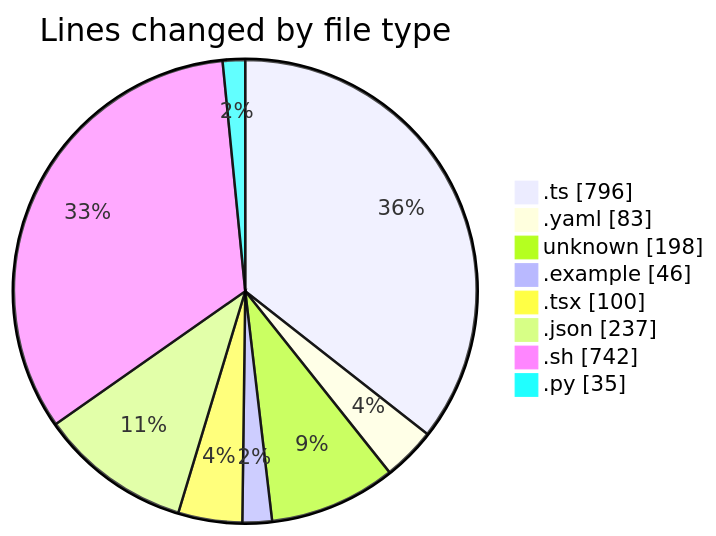
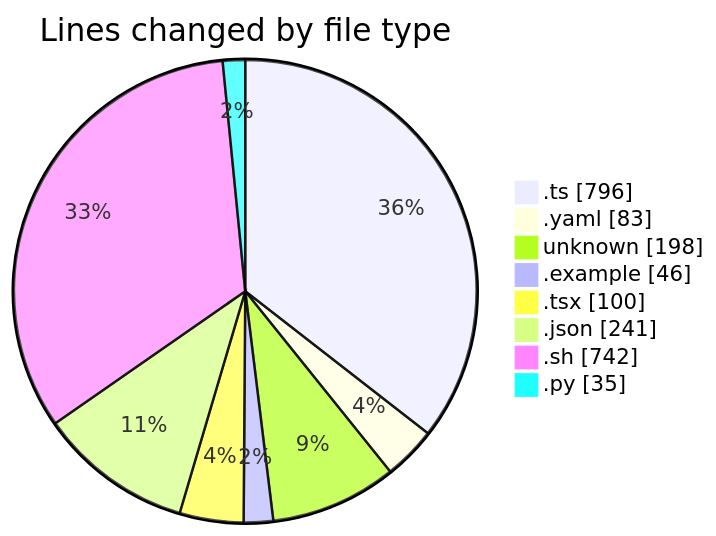
Before and after one commit to mevix1/code-tracking: the first of 2 diagrams in 2025-10-01/open-health/README.md, drawn with Mermaid. The commit also changed other lines of this file and 1 other file, not shown here.

````diff
--- a/2025-10-01/open-health/README.md
+++ b/2025-10-01/open-health/README.md
@@ -56,12 +56,12 @@
 ```mermaid
 pie showData
 title Lines changed by file type
 ".ts" : 796
 ".yaml" : 83
 "unknown" : 198
 ".example" : 46
 ".tsx" : 100
-".json" : 237
+".json" : 241
 ".sh" : 742
 ".py" : 35
 ```
````
